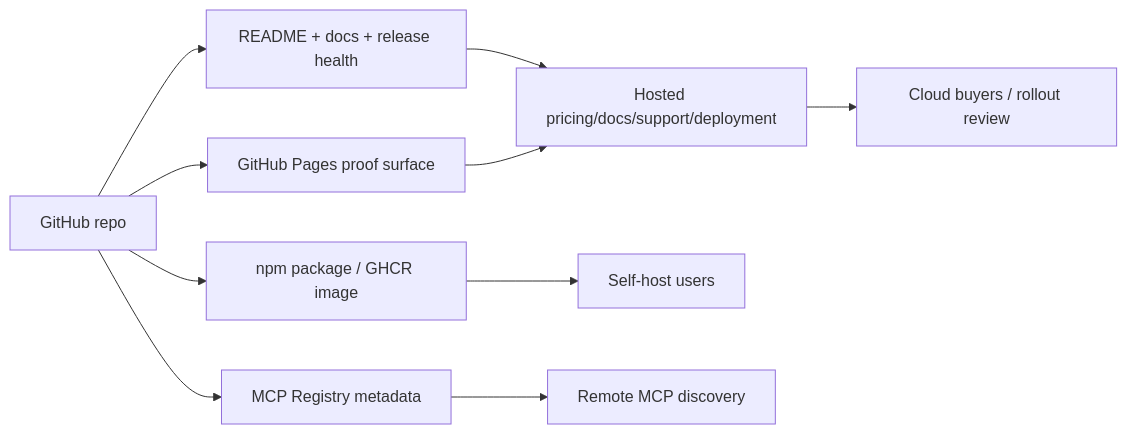
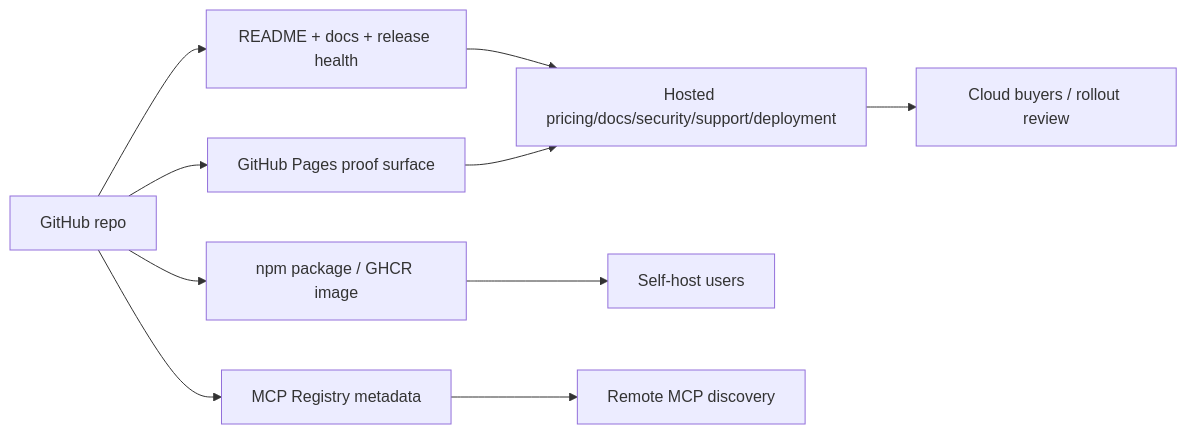
Before and after one commit to syvbrunnr/slack-mcp-server: the first of 2 diagrams in docs/COMMERCIAL-SURFACE.md, drawn with Mermaid. The commit also changed other lines of this file and 18 other files, not shown here.

````diff
--- a/docs/COMMERCIAL-SURFACE.md
+++ b/docs/COMMERCIAL-SURFACE.md
@@ -7,12 +7,12 @@
 ```mermaid
 flowchart LR
     A["GitHub repo"] --> B["README + docs + release health"]
     A --> C["GitHub Pages proof surface"]
     A --> D["npm package / GHCR image"]
     A --> E["MCP Registry metadata"]
-    B --> F["Hosted pricing/docs/support/deployment"]
+    B --> F["Hosted pricing/docs/security/support/deployment"]
     C --> F
     D --> G["Self-host users"]
     E --> H["Remote MCP discovery"]
     F --> I["Cloud buyers / rollout review"]
 ```
````
